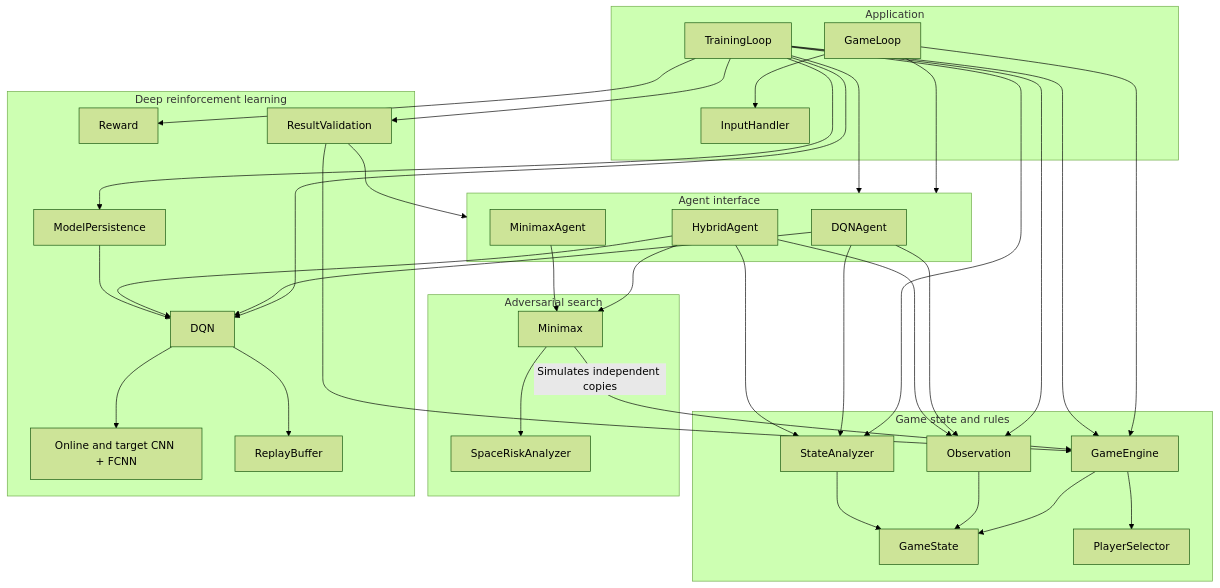
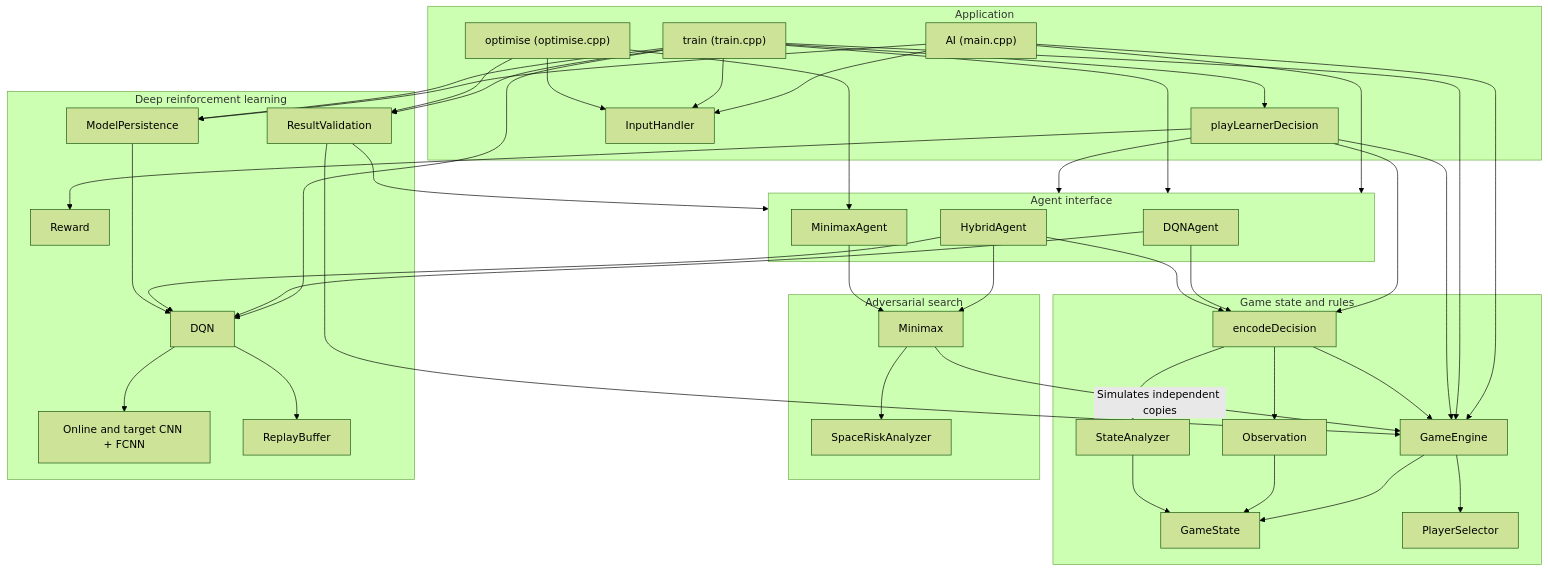
Before and after one commit to enzo-dosanjos/Hybrid_Snake_AI: the diagram in README.md, drawn with Mermaid (forest theme). The commit also changed other lines of this file and 7 other files, not shown here.

````diff
--- a/README.md
+++ b/README.md
@@ -25,67 +24,78 @@
 ```mermaid
 flowchart TD
     subgraph Application
-        GameLoop[GameLoop]
-        TrainingLoop[TrainingLoop]
+        Play["AI (main.cpp)"]
+        Train["train (train.cpp)"]
+        Optimise["optimise (optimise.cpp)"]
+        TrainingLoop["playLearnerDecision"]
         InputHandler[InputHandler]
     end
 
     subgraph Game[Game state and rules]
         GameEngine[GameEngine]
         GameState[GameState]
         PlayerSelector[PlayerSelector]
+        DecisionEncoding["encodeDecision"]
         Observation[Observation]
         StateAnalyzer[StateAnalyzer]
     end
 
     subgraph Agents[Agent interface]
         DQNAgent[DQNAgent]
         MinimaxAgent[MinimaxAgent]
         HybridAgent[HybridAgent]
     end
 
     subgraph Search[Adversarial search]
         Minimax[Minimax]
         SpaceRiskAnalyzer[SpaceRiskAnalyzer]
     end
 
     subgraph Learning[Deep reinforcement learning]
         DQN[DQN]
         Networks[Online and target CNN + FCNN]
         ReplayBuffer[ReplayBuffer]
         Reward[Reward]
         ModelPersistence[ModelPersistence]
         ResultValidation[ResultValidation]
     end
 
-    GameLoop --> InputHandler
-    GameLoop --> GameEngine
-    GameLoop --> Agents
+    Play --> InputHandler
+    Play --> GameEngine
+    Play --> Agents
+    Play --> ModelPersistence
+    Train --> GameEngine
+    Train --> TrainingLoop
+    Train --> InputHandler
+    Train --> Agents
+    Train --> DQN
+    Train --> ModelPersistence
+    Train --> ResultValidation
+    Optimise --> InputHandler
+    Optimise --> MinimaxAgent
+    Optimise --> ResultValidation
     TrainingLoop --> GameEngine
     TrainingLoop --> Agents
-    TrainingLoop --> DQN
-    TrainingLoop --> Observation
-    TrainingLoop --> StateAnalyzer
+    TrainingLoop --> DecisionEncoding
     TrainingLoop --> Reward
-    TrainingLoop --> ModelPersistence
-    TrainingLoop --> ResultValidation
     GameEngine --> GameState
     GameEngine --> PlayerSelector
+    DecisionEncoding --> Observation
+    DecisionEncoding --> StateAnalyzer
+    DecisionEncoding --> GameEngine
     Observation --> GameState
     StateAnalyzer --> GameState
-    DQNAgent --> Observation
-    DQNAgent --> StateAnalyzer
+    DQNAgent --> DecisionEncoding
     DQNAgent --> DQN
-    HybridAgent --> Observation
-    HybridAgent --> StateAnalyzer
+    HybridAgent --> DecisionEncoding
     HybridAgent --> DQN
     HybridAgent --> Minimax
     MinimaxAgent --> Minimax
     Minimax --> SpaceRiskAnalyzer
     Minimax -->|Simulates independent copies| GameEngine
     DQN --> Networks
     DQN --> ReplayBuffer
     ModelPersistence --> DQN
     ResultValidation --> Agents
     ResultValidation --> GameEngine
 ```
````
